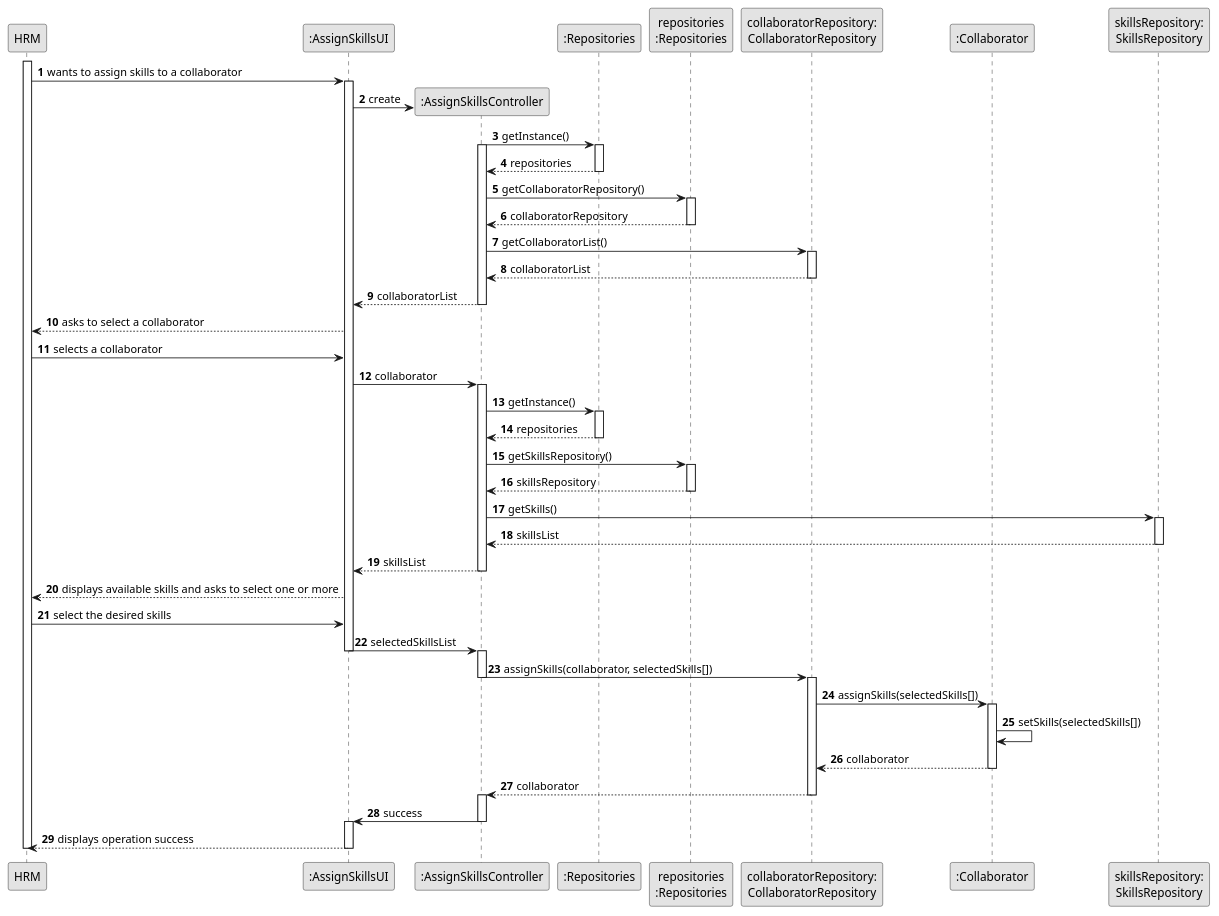
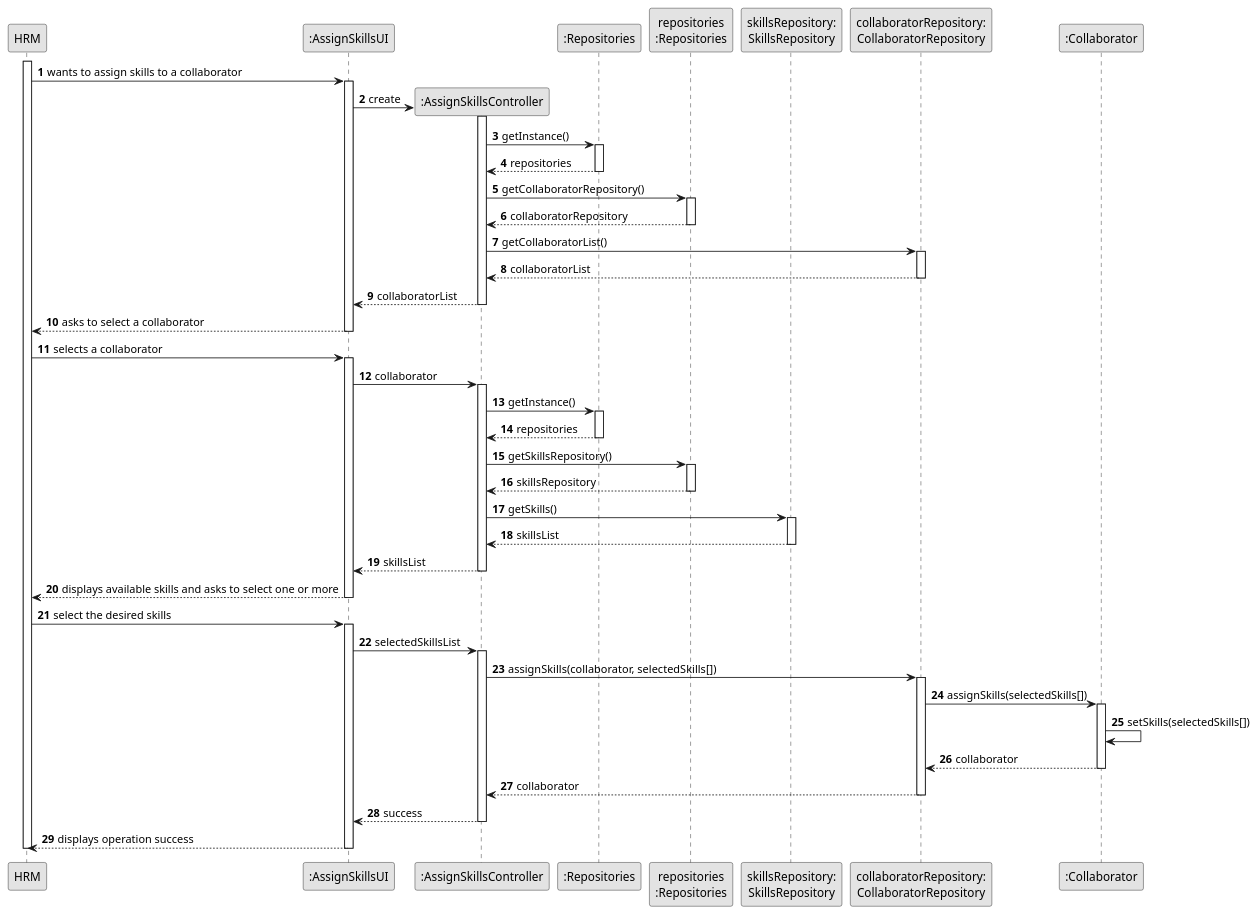
The diagram in docs/sprintB/us004/03.design/puml/us004-sequence-diagram-full.puml (ricardomm7/leaflink), drawn with PlantUML before and after one commit. The commit also changed 10 other files, not shown here.

```diff
--- a/docs/sprintB/us004/03.design/puml/us004-sequence-diagram-full.puml
+++ b/docs/sprintB/us004/03.design/puml/us004-sequence-diagram-full.puml
@@ -1,83 +1,106 @@
 @startuml
 skinparam monochrome true
 skinparam packageStyle rectangle
 skinparam shadowing false
 
 autonumber
 
 participant "HRM" as HRM
 participant ":AssignSkillsUI" as UI
 participant ":AssignSkillsController" as CTRL
 participant ":Repositories" as GlobRepo
 participant "repositories\n:Repositories" as PLAT
+participant "skillsRepository:\nSkillsRepository" as skillsRepository
 participant "collaboratorRepository:\nCollaboratorRepository" as CLBREP
 participant ":Collaborator" as CLB
-participant "skillsRepository:\nSkillsRepository" as skillsRepository
-
 
 activate HRM
+
 HRM -> UI : wants to assign skills to a collaborator
 activate UI
+
 UI -> CTRL** : create
-
+activate CTRL
 
 CTRL -> GlobRepo : getInstance()
-activate CTRL
 activate GlobRepo
+
 GlobRepo --> CTRL : repositories
 deactivate GlobRepo
+
 CTRL -> PLAT : getCollaboratorRepository()
 activate PLAT
+
 PLAT -->  CTRL: collaboratorRepository
 deactivate PLAT
 
 CTRL -> CLBREP : getCollaboratorList()
 activate CLBREP
+
 CLBREP --> CTRL : collaboratorList
 deactivate CLBREP
+
 CTRL --> UI : collaboratorList
 deactivate CTRL
+
 UI --> HRM : asks to select a collaborator
+deactivate UI
+
 HRM -> UI : selects a collaborator
+activate UI
+
 UI -> CTRL : collaborator
 activate CTRL
 
 CTRL -> GlobRepo : getInstance()
 activate GlobRepo
+
 GlobRepo --> CTRL : repositories
 deactivate GlobRepo
+
 CTRL -> PLAT : getSkillsRepository()
 activate PLAT
+
 PLAT -->  CTRL: skillsRepository
 deactivate PLAT
+
 CTRL -> skillsRepository : getSkills()
 activate skillsRepository
+
 skillsRepository --> CTRL : skillsList
 deactivate skillsRepository
+
 CTRL --> UI : skillsList
 deactivate CTRL
+
 UI --> HRM : displays available skills and asks to select one or more
+deactivate UI
+
 HRM -> UI : select the desired skills
+activate UI
+
 UI -> CTRL : selectedSkillsList
-deactivate UI
 activate CTRL
 
+CTRL -> CLBREP : assignSkills(collaborator, selectedSkills[])
+activate CLBREP
 
-CTRL -> CLBREP : assignSkills(collaborator, selectedSkills[])
-deactivate CTRL
-activate CLBREP
 CLBREP -> CLB : assignSkills(selectedSkills[])
 activate CLB
+
 CLB -> CLB : setSkills(selectedSkills[])
+
 CLB --> CLBREP : collaborator
 deactivate CLB
+
 CLBREP --> CTRL : collaborator
 deactivate CLBREP
-activate CTRL
-CTRL -> UI : success
+
+
+CTRL --> UI : success
 deactivate CTRL
-activate UI
+
 UI --> HRM : displays operation success
 deactivate UI
 deactivate HRM
 @enduml
```
